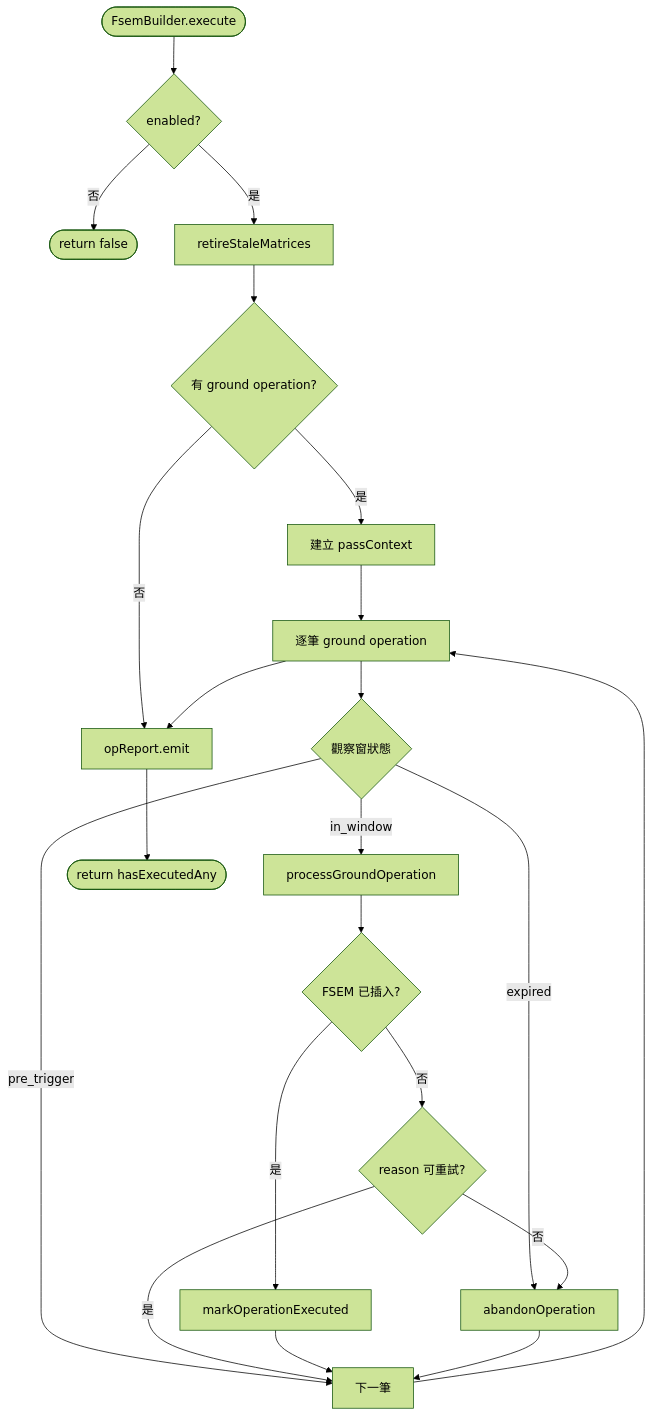
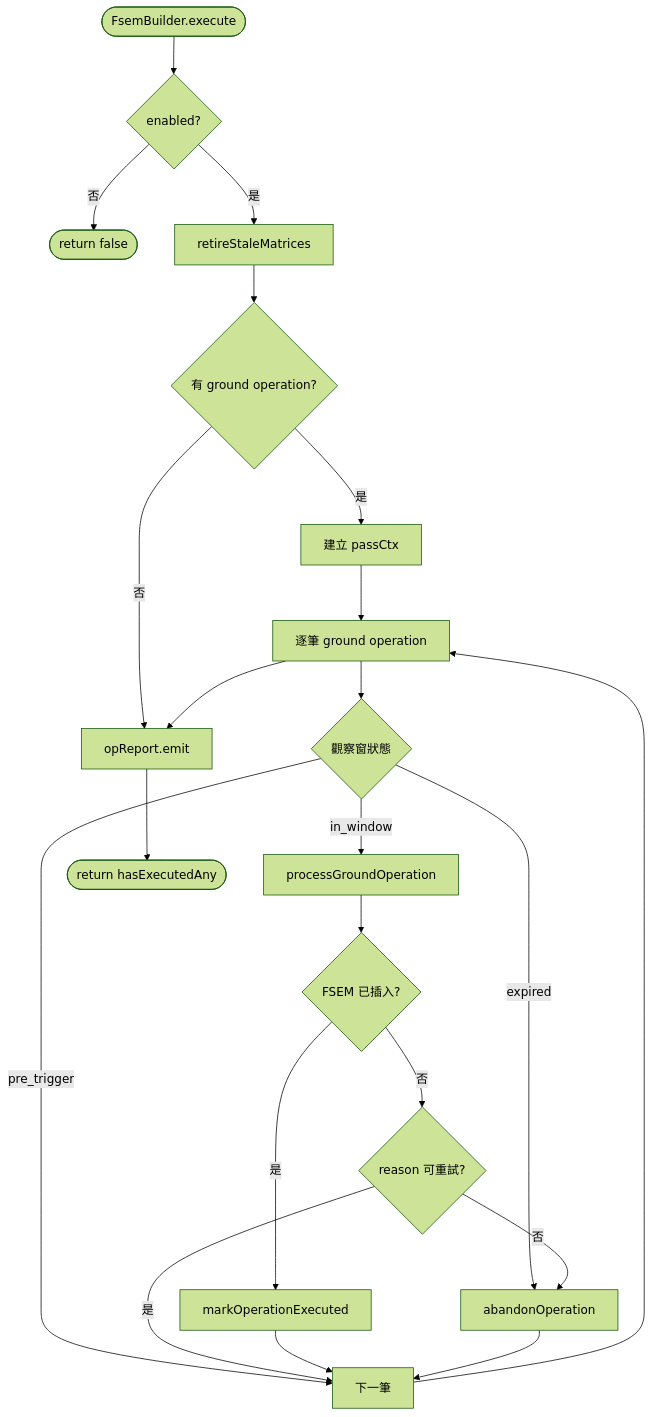
The diagram in docs/strikePlanner/fsemBuilder.md (pullupjumper/formosa-in-flames), drawn with Mermaid (forest theme) before and after one commit. The commit also changed other lines of this file and 63 other files, not shown here.

````diff
--- a/docs/strikePlanner/fsemBuilder.md
+++ b/docs/strikePlanner/fsemBuilder.md
@@ -23,41 +23,41 @@
 ```mermaid
 flowchart TD
     ENTRY(["FsemBuilder.execute"])
     ENABLED{"enabled?"}
     OFF(["return false"])
     RETIRE["retireStaleMatrices"]
     HASOP{"有 ground operation?"}
-    SEED["建立 passContext"]
+    SEED["建立 passCtx"]
     LOOP["逐筆 ground operation"]
     WINDOW{"觀察窗狀態"}
     PROCESS["processGroundOperation"]
     INSERTED{"FSEM 已插入?"}
     EXEC["markOperationExecuted"]
     RETRYABLE{"reason 可重試?"}
     ABANDON["abandonOperation"]
     NEXT["下一筆"]
     EMIT["opReport.emit"]
     DONE(["return hasExecutedAny"])
 
     ENTRY --> ENABLED
     ENABLED -->|否| OFF
     ENABLED -->|是| RETIRE
     RETIRE --> HASOP
     HASOP -->|否| EMIT
     HASOP -->|是| SEED
     SEED --> LOOP
     LOOP --> WINDOW
     WINDOW -->|pre_trigger| NEXT
     WINDOW -->|expired| ABANDON
     WINDOW -->|in_window| PROCESS
     PROCESS --> INSERTED
     INSERTED -->|是| EXEC
     INSERTED -->|否| RETRYABLE
     RETRYABLE -->|是| NEXT
     RETRYABLE -->|否| ABANDON
     EXEC --> NEXT
     ABANDON --> NEXT
     NEXT --> LOOP
     LOOP --> EMIT
     EMIT --> DONE
 ```
````
